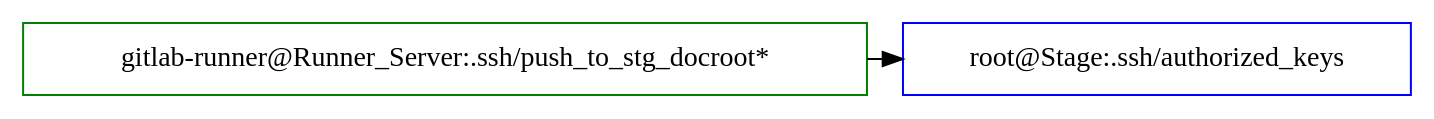
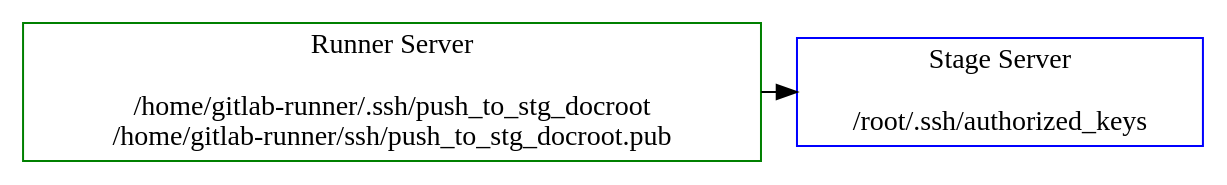
One commit to atsaloli/cicd changed the diagram in img/ssh-trust-stage.dot. Above: the diagram before and after it, drawn with Graphviz. The commit also changed 1 other file, not shown here.

```diff
--- a/img/ssh-trust-stage.dot
+++ b/img/ssh-trust-stage.dot
@@ -1,10 +1,10 @@
 digraph G {
   node [ shape = box ];
 
-  gitlab_runner [ label = "gitlab-runner@Runner_Server:.ssh/push_to_stg_docroot*"  color = green  style = filled fillcolor = white ]
+  gitlab_runner [ label = "Runner Server\n\n/home/gitlab-runner/.ssh/push_to_stg_docroot\n/home/gitlab-runner/ssh/push_to_stg_docroot.pub"  color = green  style = filled fillcolor = white ]
 
-  stage [ label = "root@Stage:.ssh/authorized_keys"  color = blue  style = filled fillcolor = white ]
+  stage [ label = "Stage Server\n\n/root/.ssh/authorized_keys"  color = blue  style = filled fillcolor = white ]
 
 
   gitlab_runner -> stage [constraint=false];
 }
```
